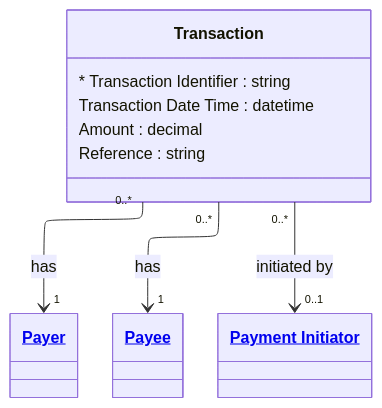
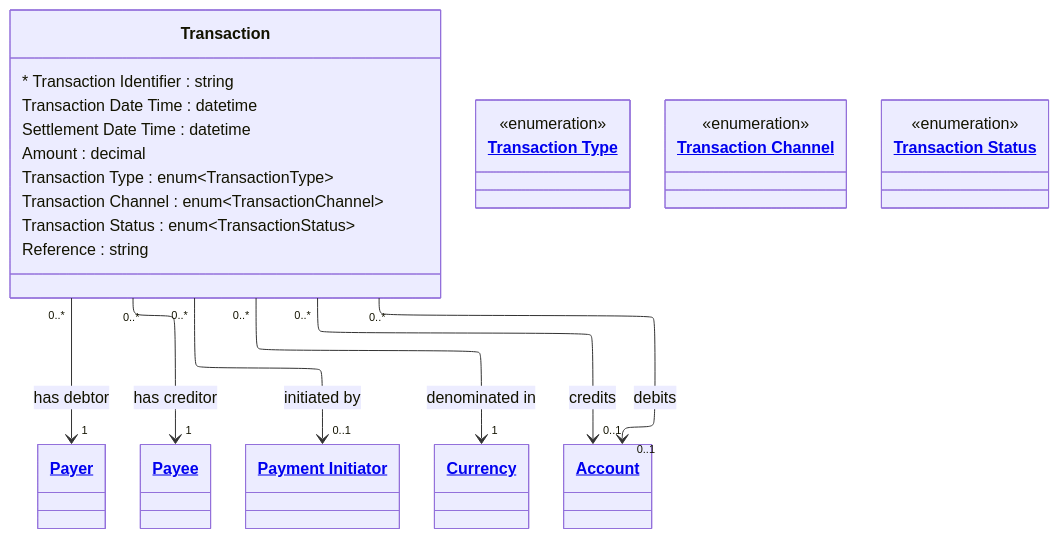
Before and after one commit to Semprini/md-ddl: the diagram in examples/Financial Crime/entities/transaction.md, drawn with Mermaid. The commit also changed other lines of this file and 12 other files, not shown here.

````diff
--- a/examples/Financial Crime/entities/transaction.md
+++ b/examples/Financial Crime/entities/transaction.md
@@ -9,21 +10,33 @@
 ```mermaid
 ---
 config:
   layout: elk
 ---
 classDiagram
   class Transaction{
     * Transaction Identifier : string
     Transaction Date Time : datetime
+    Settlement Date Time : datetime
     Amount : decimal
+    Transaction Type : enum~TransactionType~
+    Transaction Channel : enum~TransactionChannel~
+    Transaction Status : enum~TransactionStatus~    
     Reference : string
   }
 
-  Transaction "0..*" --> "1" Payer : has
-  Transaction "0..*" --> "1" Payee : has
+  Transaction "0..*" --> "1" Payer : has debtor
+  Transaction "0..*" --> "1" Payee : has creditor
   Transaction "0..*" --> "0..1" PaymentInitiator : initiated by
+  Transaction "0..*" --> "1" Currency : denominated in
+  Transaction "0..*" --> "0..1" Account : debits
+  Transaction "0..*" --> "0..1" Account : credits
 
+  class TransactionType["<a href='../enums.md#transaction-type'>Transaction Type</a>"]{<<enumeration>>}
+  class TransactionChannel["<a href='../enums.md#transaction-channel'>Transaction Channel</a>"]{<<enumeration>>}
+  class TransactionStatus["<a href='../enums.md#transaction-status'>Transaction Status</a>"]{<<enumeration>>}
   class Payer["<a href='payer.md'>Payer</a>"]
   class Payee["<a href='payee.md'>Payee</a>"]
   class PaymentInitiator["<a href='payment_initiator.md'>Payment Initiator</a>"]
+  class Currency["<a href='currency.md'>Currency</a>"]
+  class Account["<a href='account.md'>Account</a>"]  
 ```
````
